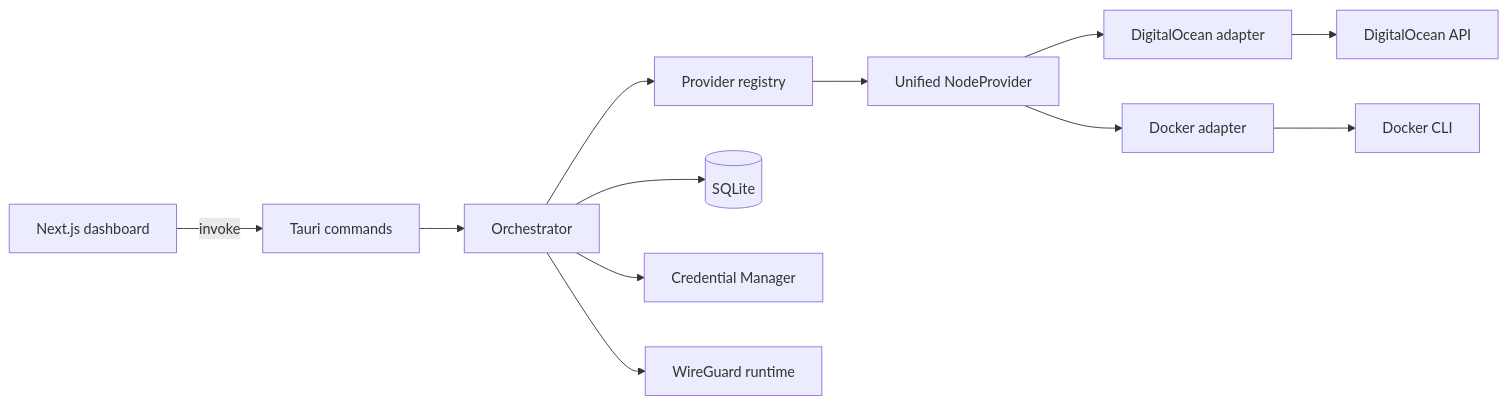
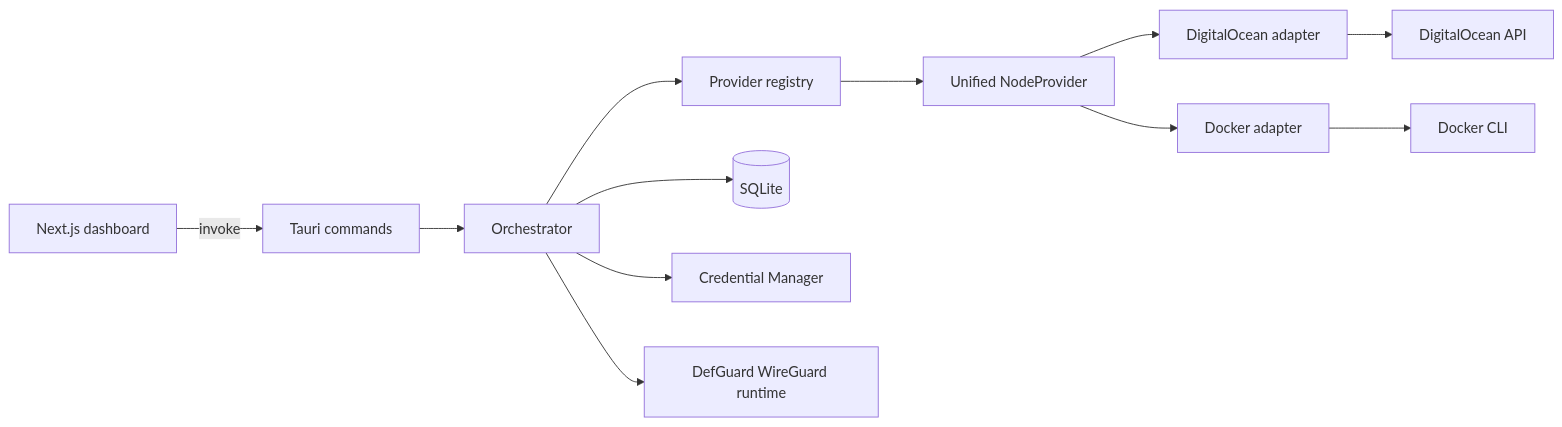
The diagram in docs/ARCHITECTURE.md (GoatPxl/blink-vpn), drawn with Mermaid before and after one commit. The commit also changed other lines of this file and 6 other files, not shown here.

Commit message:
DOC: defwireguard architecture

````diff
--- a/docs/ARCHITECTURE.md
+++ b/docs/ARCHITECTURE.md
@@ -23,14 +23,14 @@
 ```mermaid
 flowchart LR
   UI[Next.js dashboard] -->|invoke| CMD[Tauri commands]
   CMD --> ORCH[Orchestrator]
   ORCH --> REG[Provider registry]
   REG --> NP[Unified NodeProvider]
   NP --> DO[DigitalOcean adapter]
   NP --> DKR[Docker adapter]
   ORCH --> DB[(SQLite)]
   ORCH --> SEC[Credential Manager]
-  ORCH --> WG[WireGuard runtime]
+  ORCH --> RUNTIME[DefGuard WireGuard runtime]
   DO --> DOAPI[DigitalOcean API]
   DKR --> DKRCLI[Docker CLI]
 ```
````
